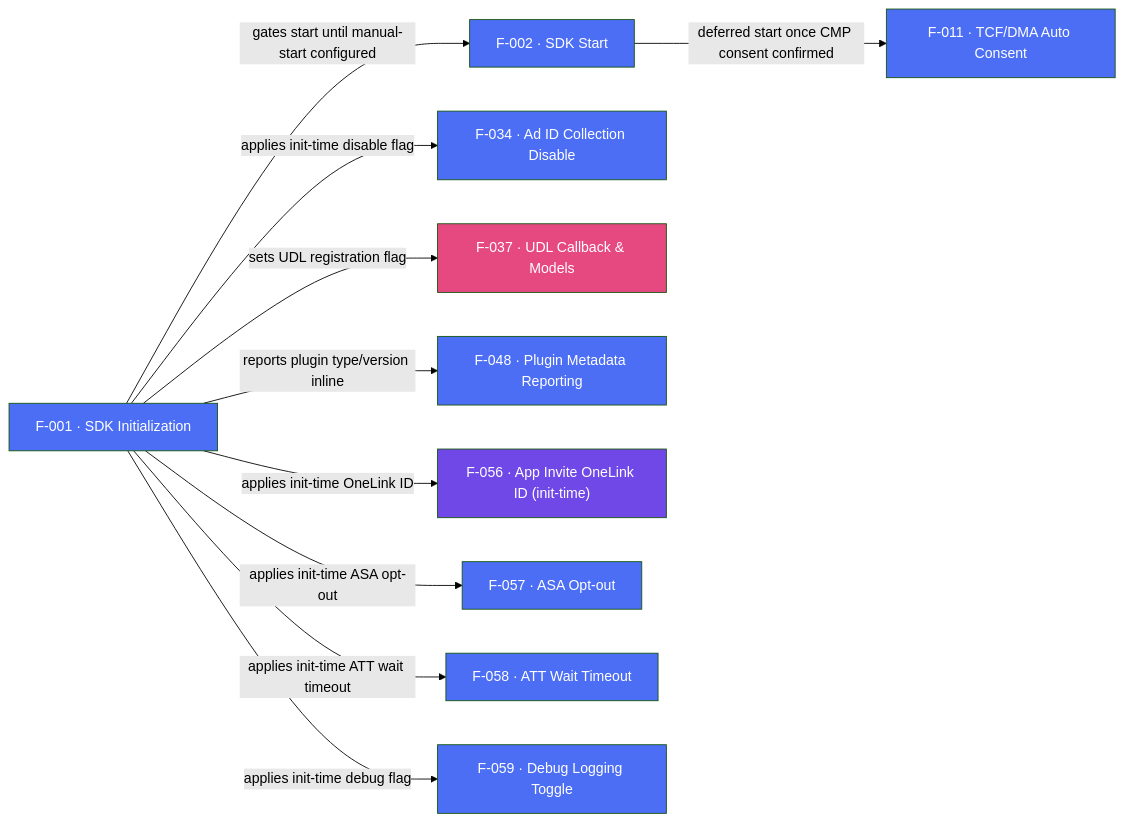
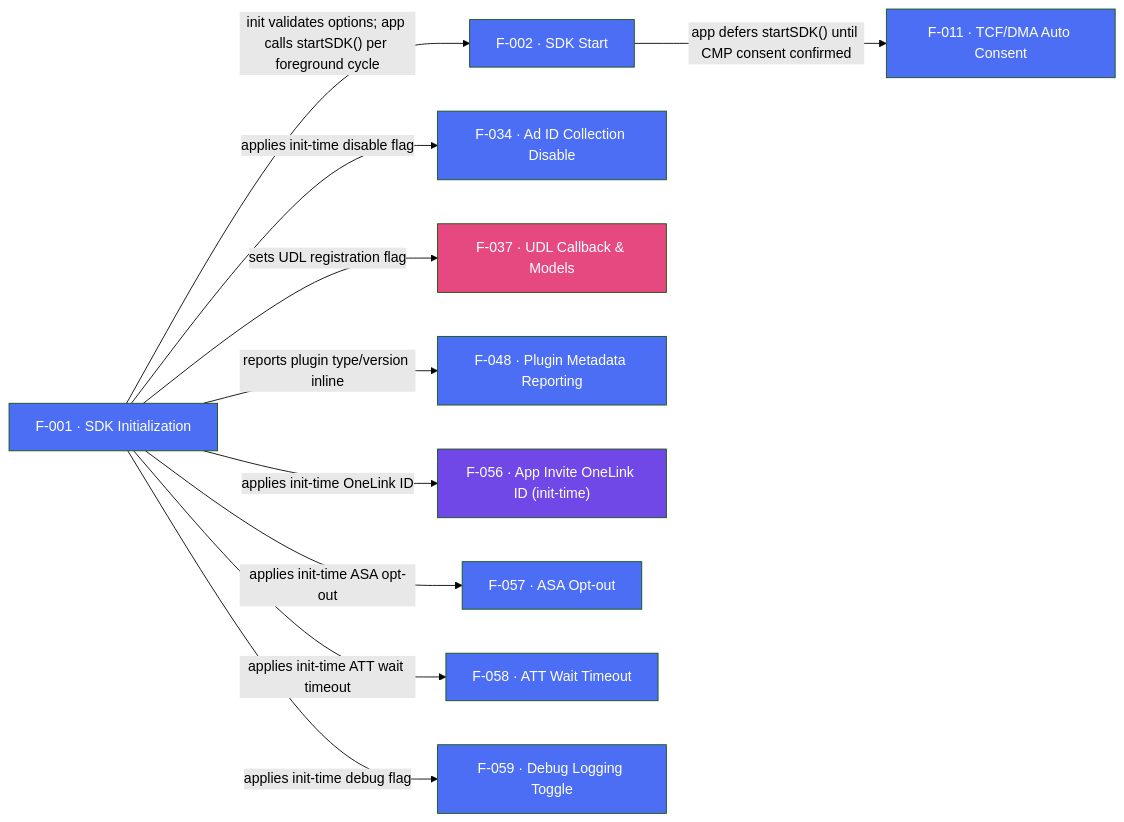
One commit to AppsFlyerSDK/appsflyer-flutter-plugin changed the second of 2 diagrams in internal-docs/features/DIAGRAM.md. Above: the diagram before and after it, drawn with Mermaid (forest theme). The commit also changed other lines of this file and 112 other files, not shown here.

First line of the commit message:
[DELIVERY-125863] Migrate Flutter plugin to AppsFlyer SDK 7 RPC architecture.

````diff
--- a/internal-docs/features/DIAGRAM.md
+++ b/internal-docs/features/DIAGRAM.md
@@ -103,27 +95,27 @@
 ```mermaid
 flowchart LR
     F001["F-001 · SDK Initialization"]:::sdkCore
     F002["F-002 · SDK Start"]:::sdkCore
     F034["F-034 · Ad ID Collection Disable"]:::sdkCore
     F037["F-037 · UDL Callback & Models"]:::deepLinking
     F048["F-048 · Plugin Metadata Reporting"]:::sdkCore
     F056["F-056 · App Invite OneLink ID (init-time)"]:::oneLinkAndGrowth
     F057["F-057 · ASA Opt-out"]:::sdkCore
     F058["F-058 · ATT Wait Timeout"]:::sdkCore
     F059["F-059 · Debug Logging Toggle"]:::sdkCore
     F011["F-011 · TCF/DMA Auto Consent"]:::sdkCore
 
-    F001 -->|"gates start until manual-start configured"| F002
+    F001 -->|"init validates options; app calls startSDK() per foreground cycle"| F002
     F001 -->|"applies init-time disable flag"| F034
     F001 -->|"sets UDL registration flag"| F037
     F001 -->|"reports plugin type/version inline"| F048
     F001 -->|"applies init-time OneLink ID"| F056
     F001 -->|"applies init-time ASA opt-out"| F057
     F001 -->|"applies init-time ATT wait timeout"| F058
     F001 -->|"applies init-time debug flag"| F059
-    F002 -->|"deferred start once CMP consent confirmed"| F011
+    F002 -->|"app defers startSDK() until CMP consent confirmed"| F011
 
     classDef sdkCore fill:#4C6EF5,color:#fff
     classDef deepLinking fill:#E64980,color:#fff
     classDef oneLinkAndGrowth fill:#7048E8,color:#fff
 ```
````
